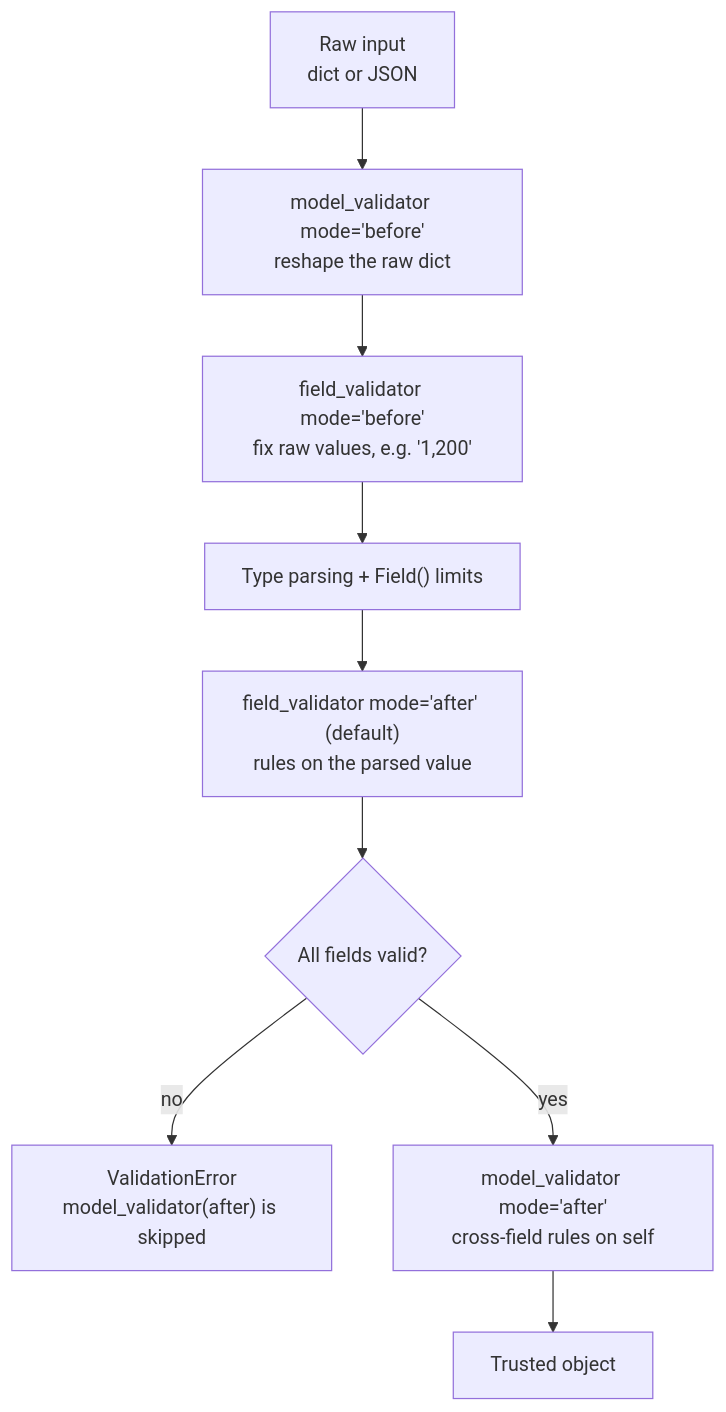
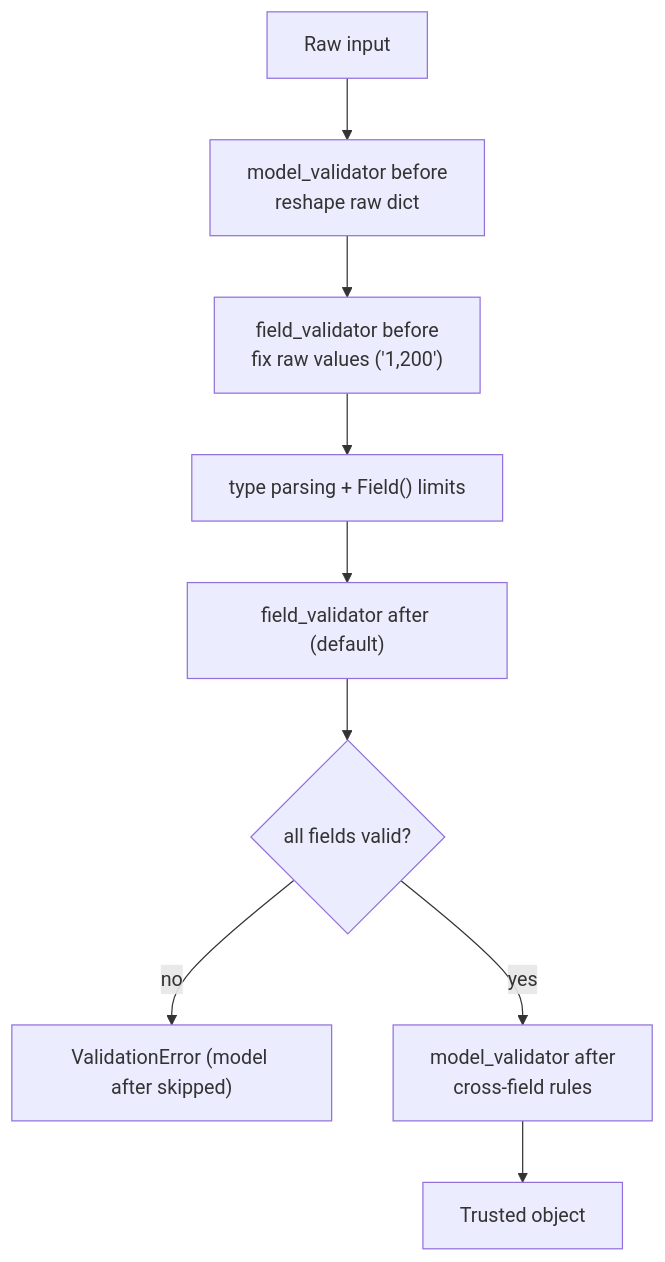
The diagram in books/pydantic/03-validators.md (kiaanwankhede/MyNotes), drawn with Mermaid before and after one commit. The commit also changed other lines of this file and 2 other files, not shown here.

````diff
--- a/books/pydantic/03-validators.md
+++ b/books/pydantic/03-validators.md
@@ -146,11 +43,10 @@
 ```mermaid
 flowchart TD
-    I["Raw input<br/>dict or JSON"] --> MB["model_validator mode='before'<br/>reshape the raw dict"]
-    MB --> FB["field_validator mode='before'<br/>fix raw values, e.g. '1,200'"]
-    FB --> P["Type parsing + Field() limits"]
-    P --> FA["field_validator mode='after' (default)<br/>rules on the parsed value"]
-    FA --> OK{"All fields valid?"}
-    OK -- "no" --> ERR["ValidationError<br/>model_validator(after) is skipped"]
-    OK -- "yes" --> MA["model_validator mode='after'<br/>cross-field rules on self"]
-    MA --> OBJ["Trusted object"]
+    I["Raw input"] --> MB["model_validator before<br/>reshape raw dict"]
+    MB --> FB["field_validator before<br/>fix raw values ('1,200')"]
+    FB --> P["type parsing + Field() limits"]
+    P --> FA["field_validator after (default)"]
+    FA --> OK{"all fields valid?"}
+    OK -- no --> ERR["ValidationError (model after skipped)"]
+    OK -- yes --> MA["model_validator after<br/>cross-field rules"] --> OBJ["Trusted object"]
 ```
````
